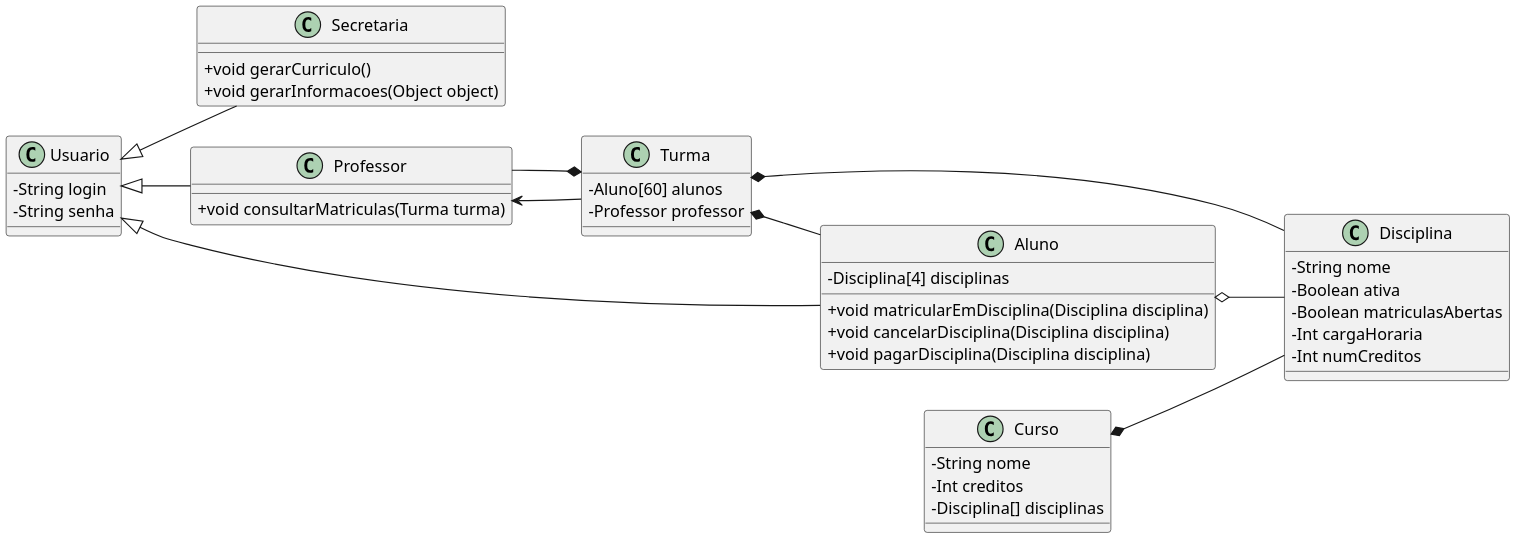
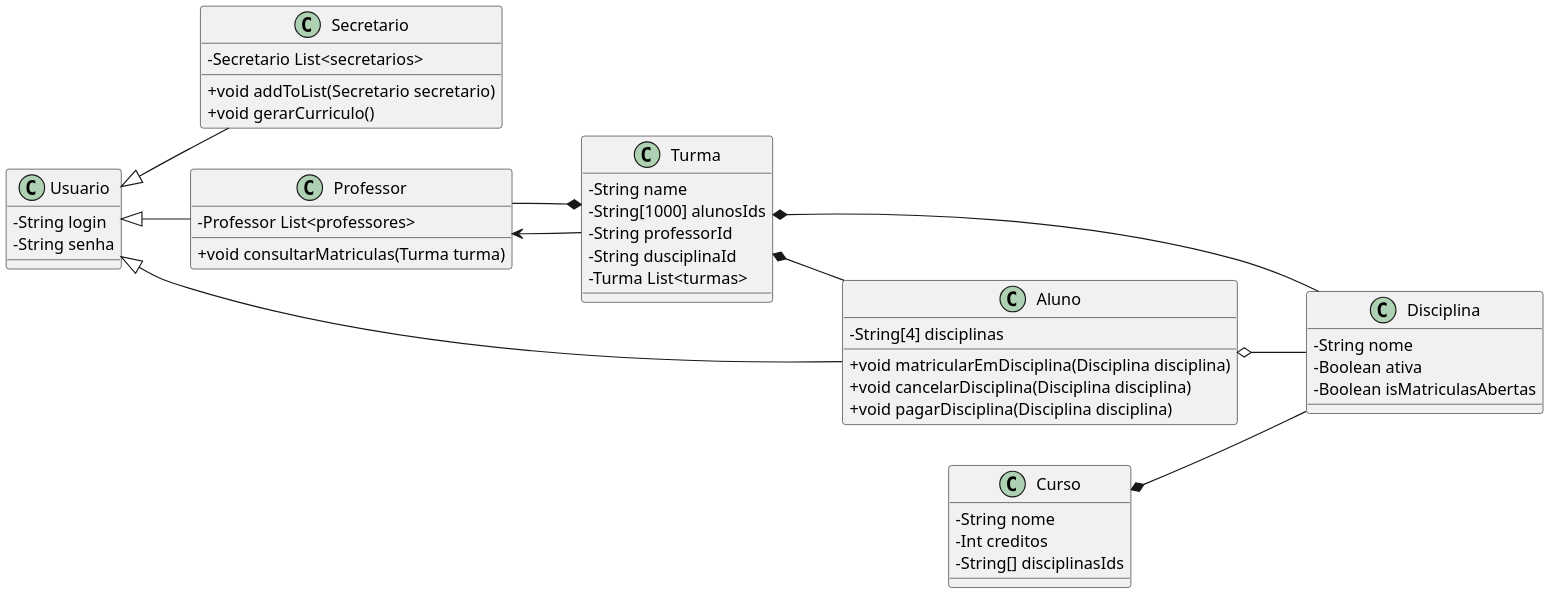
One commit to milenalara/sistema-matricula changed the diagram in project/docs/DiagramaClasseLab01S01.puml. Above: the diagram before and after it, drawn with PlantUML.

Commit message:
Diagrama de Classes Atualizado

```diff
--- a/project/docs/DiagramaClasseLab01S01.puml
+++ b/project/docs/DiagramaClasseLab01S01.puml
@@ -1,65 +1,68 @@
 @startuml Diagrama de classe universidade
 scale 2
 left to right direction 
 
 skinparam ClassAttributeIconSize 0
 class Usuario{
     -String login
     -String senha
 }
 
-class Secretaria{
+class Secretario{
+    -Secretario List<secretarios>
+    +void addToList(Secretario secretario)
     +void gerarCurriculo()
-    +void gerarInformacoes(Object object)
 }
 
 
 class Professor{
+    -Professor List<professores>
     +void consultarMatriculas(Turma turma)
 }
 
 class Aluno{
-    -Disciplina[4] disciplinas
+    -String[4] disciplinas
     +void matricularEmDisciplina(Disciplina disciplina)
     +void cancelarDisciplina(Disciplina disciplina)
     +void pagarDisciplina(Disciplina disciplina)
 }
 
 class Curso{
     -String nome
     -Int creditos
-    -Disciplina[] disciplinas
+    -String[] disciplinasIds
 }
 
 class Disciplina{
     -String nome
     -Boolean ativa
-    -Boolean matriculasAbertas
-    -Int cargaHoraria
-    -Int numCreditos 
+    -Boolean isMatriculasAbertas
 }
 
 class Turma{
-    -Aluno[60] alunos
-    -Professor professor
+    -String name
+    -String[1000] alunosIds
+    -String professorId
+    -String dusciplinaId
+    -Turma List<turmas>
 }
 
-Usuario <|-- Secretaria
+Usuario <|-- Secretario
 
 Usuario <|-- Professor
 
 Usuario <|-- Aluno
 
 Curso *-- Disciplina
 
 Turma *-- Disciplina
 
 Turma *-- Professor
 
 Turma *-- Aluno
 
 Professor <-- Turma
 
 Aluno o-- Disciplina
 
 @enduml
```
